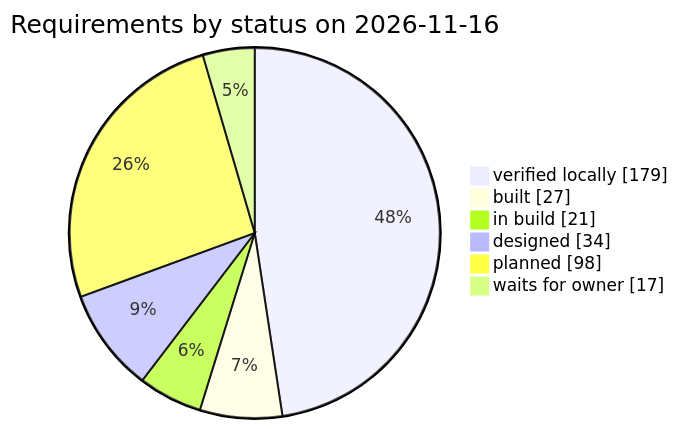
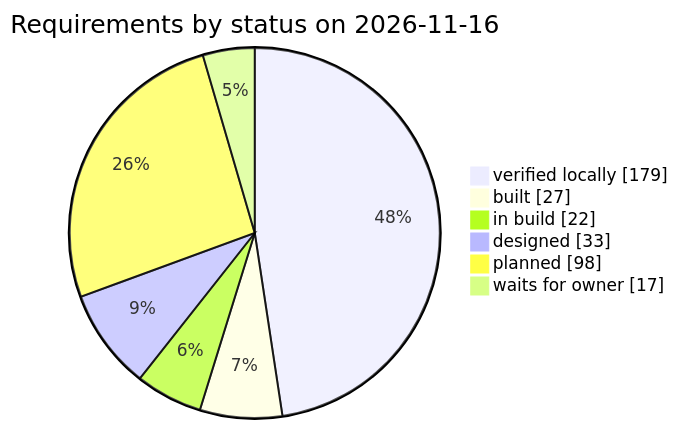
Before and after one commit to qa-io-vn/fnb-manager: the third of 3 diagrams in docs/requirements.md, drawn with Mermaid. The commit also changed other lines of this file and 45 other files, not shown here.

````diff
--- a/docs/requirements.md
+++ b/docs/requirements.md
@@ -982,10 +982,10 @@
 ```mermaid
 pie showData
     title Requirements by status on 2026-11-16
     "verified locally" : 179
     "built" : 27
-    "in build" : 21
-    "designed" : 34
+    "in build" : 22
+    "designed" : 33
     "planned" : 98
     "waits for owner" : 17
 ```
````
